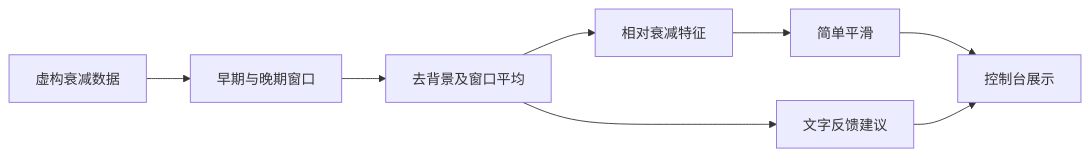
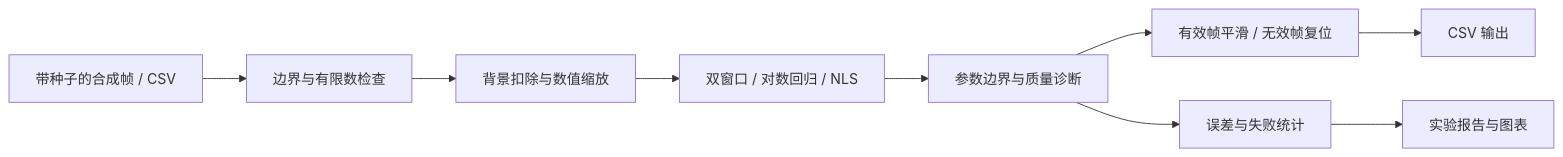
Before and after one commit to valiidea/fluorescent-fiber-thermometer: the diagram in README.md, drawn with Mermaid. The commit also changed other lines of this file and 52 other files, not shown here.

````diff
--- a/README.md
+++ b/README.md
@@ -16,10 +46,11 @@
 ```mermaid
 flowchart LR
-    A[虚构衰减数据] --> B[早期与晚期窗口]
-    B --> C[去背景及窗口平均]
-    C --> D[相对衰减特征]
-    D --> E[简单平滑]
-    C --> F[文字反馈建议]
-    E --> G[控制台展示]
-    F --> G
+    A[带种子的合成帧 / CSV] --> B[边界与有限数检查]
+    B --> C[背景扣除与数值缩放]
+    C --> D[双窗口 / 对数回归 / NLS]
+    D --> E[参数边界与质量诊断]
+    E --> F[有效帧平滑 / 无效帧复位]
+    E --> G[误差与失败统计]
+    F --> H[CSV 输出]
+    G --> I[实验报告与图表]
 ```
````
